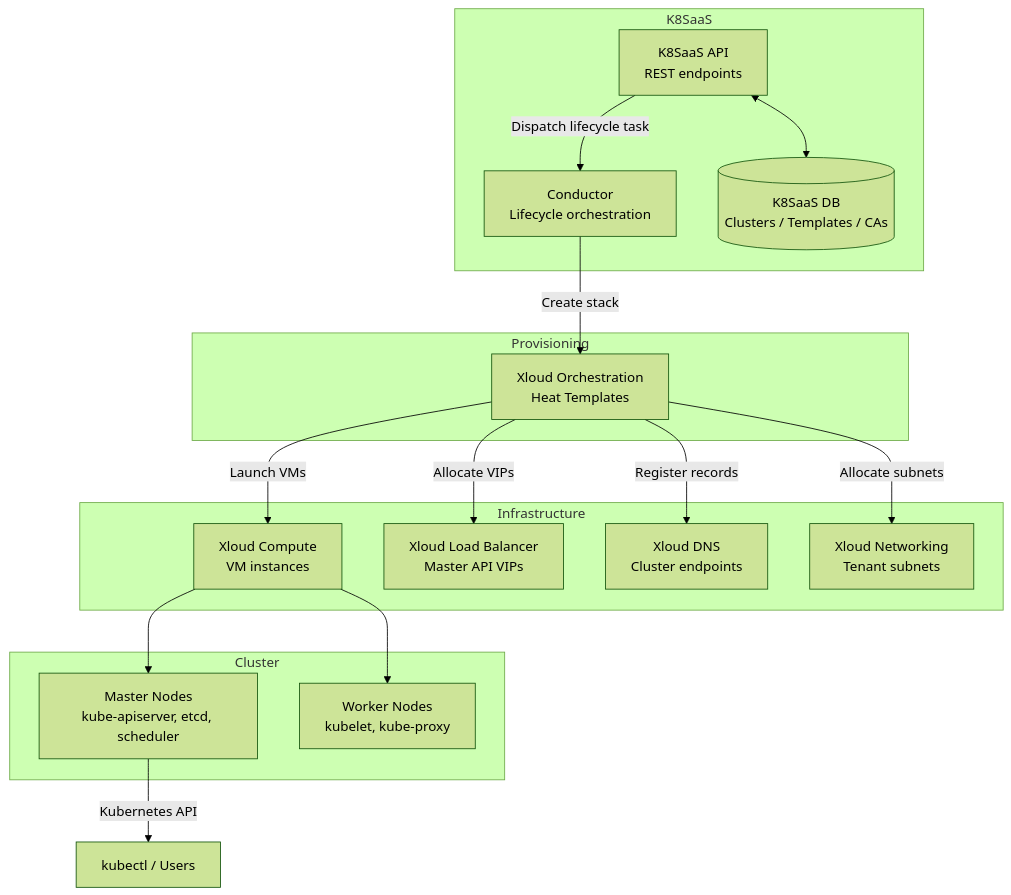
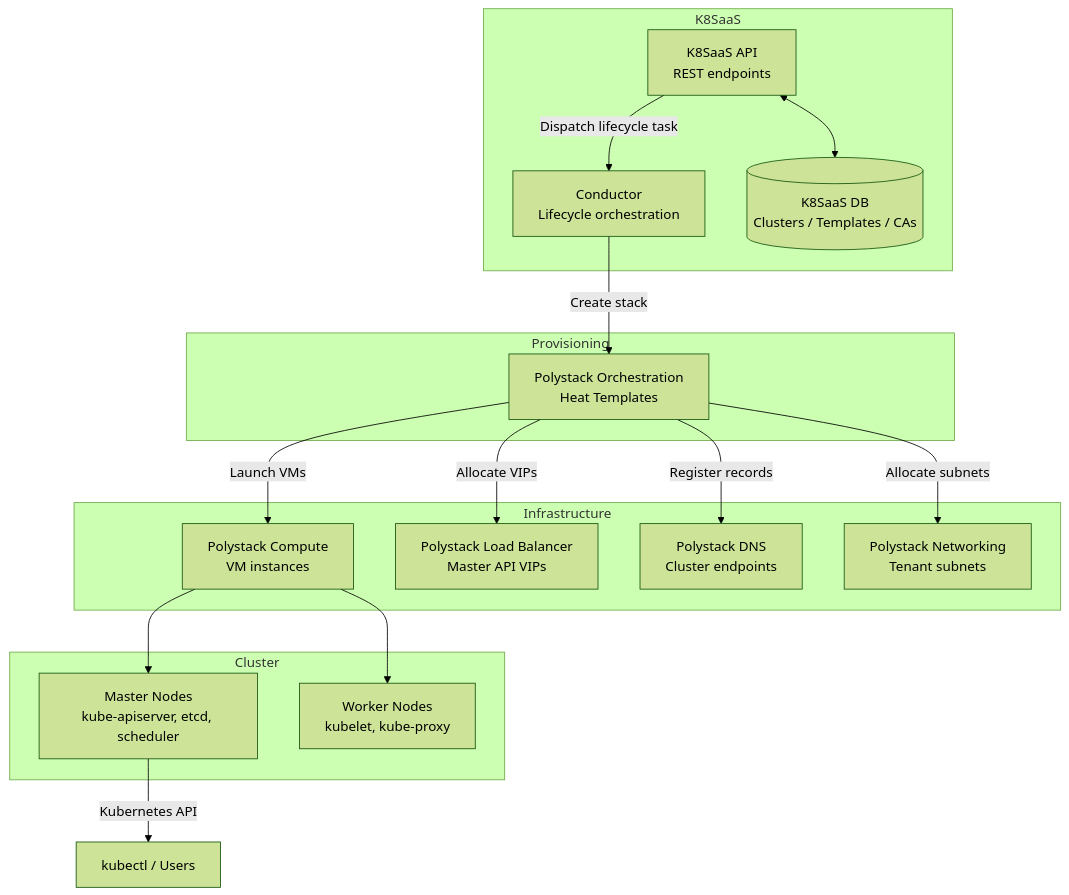
The first of 2 diagrams in services/kubernetes/admin-guide/architecture.mdx (ankur-kumar87/docs-polystack), drawn with Mermaid (forest theme) before and after one commit. The commit also changed other lines of this file and 425 other files, not shown here.

````diff
--- a/services/kubernetes/admin-guide/architecture.mdx
+++ b/services/kubernetes/admin-guide/architecture.mdx
@@ -23,35 +23,35 @@
 ```mermaid
 graph TD
     subgraph K8SaaS
         API[K8SaaS API<br/>REST endpoints]
         COND[Conductor<br/>Lifecycle orchestration]
         DB[(K8SaaS DB<br/>Clusters / Templates / CAs)]
     end
 
     subgraph Provisioning
-        ORCH[Xloud Orchestration<br/>Heat Templates]
+        ORCH[Polystack Orchestration<br/>Heat Templates]
     end
 
     subgraph Infrastructure
-        COMPUTE[Xloud Compute<br/>VM instances]
-        LB[Xloud Load Balancer<br/>Master API VIPs]
-        DNS[Xloud DNS<br/>Cluster endpoints]
-        NET[Xloud Networking<br/>Tenant subnets]
+        COMPUTE[Polystack Compute<br/>VM instances]
+        LB[Polystack Load Balancer<br/>Master API VIPs]
+        DNS[Polystack DNS<br/>Cluster endpoints]
+        NET[Polystack Networking<br/>Tenant subnets]
     end
 
     subgraph Cluster
         MASTER[Master Nodes<br/>kube-apiserver, etcd, scheduler]
         WORKER[Worker Nodes<br/>kubelet, kube-proxy]
     end
 
     API <--> DB
     API -->|Dispatch lifecycle task| COND
     COND -->|Create stack| ORCH
     ORCH -->|Launch VMs| COMPUTE
     ORCH -->|Allocate VIPs| LB
     ORCH -->|Register records| DNS
     ORCH -->|Allocate subnets| NET
     COMPUTE --> MASTER
     COMPUTE --> WORKER
     MASTER -->|Kubernetes API| KUBECTL[kubectl / Users]
 ```
````
